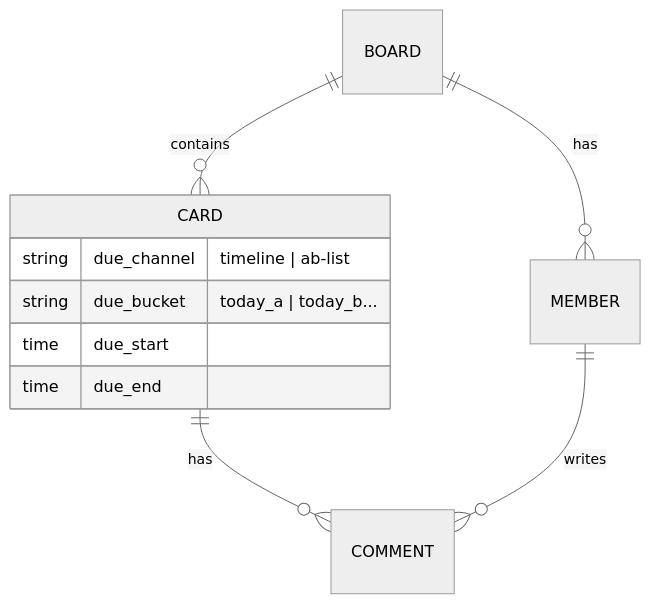
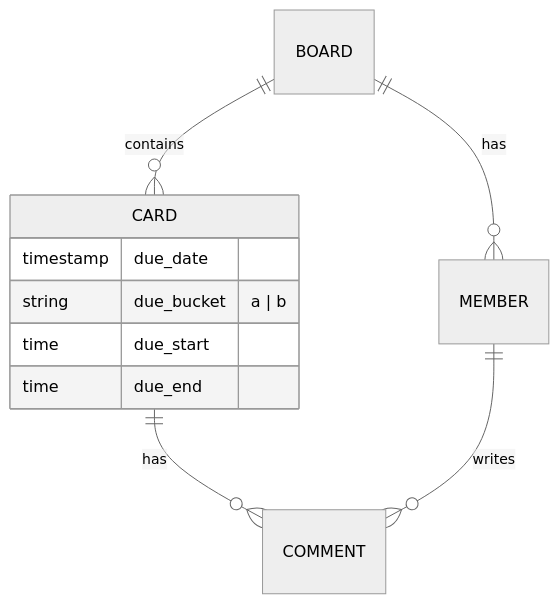
The diagram in docs/detail/domain-model.md (my151ae/taesk), drawn with Mermaid (neutral theme) before and after one commit. The commit also changed other lines of this file and 6 other files, not shown here.

````diff
--- a/docs/detail/domain-model.md
+++ b/docs/detail/domain-model.md
@@ -49,14 +45,14 @@
 ```mermaid
 erDiagram
     BOARD ||--o{ CARD : contains
     BOARD ||--o{ MEMBER : has
     CARD ||--o{ COMMENT : has
     MEMBER ||--o{ COMMENT : writes
 
     CARD {
-        string due_channel "timeline | ab-list"
-        string due_bucket "today_a | today_b..."
+        timestamp due_date
+        string due_bucket "a | b"
         time due_start
         time due_end
     }
 ```
````
